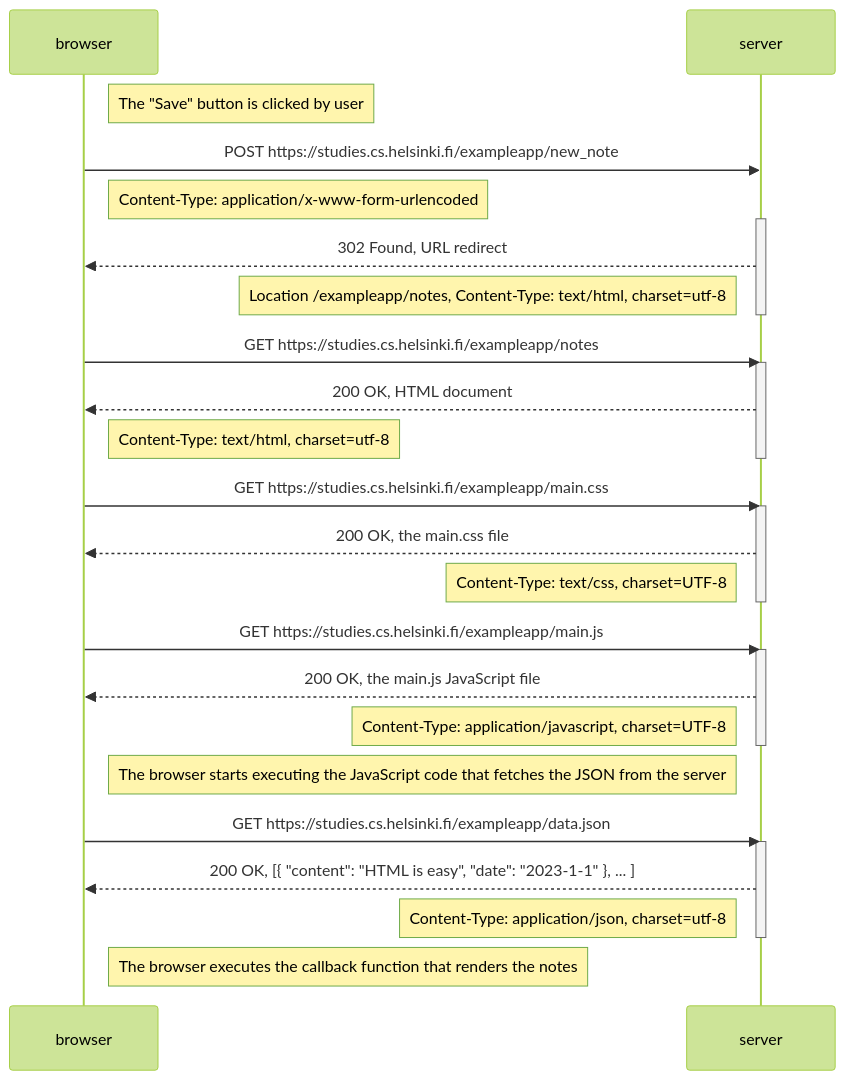
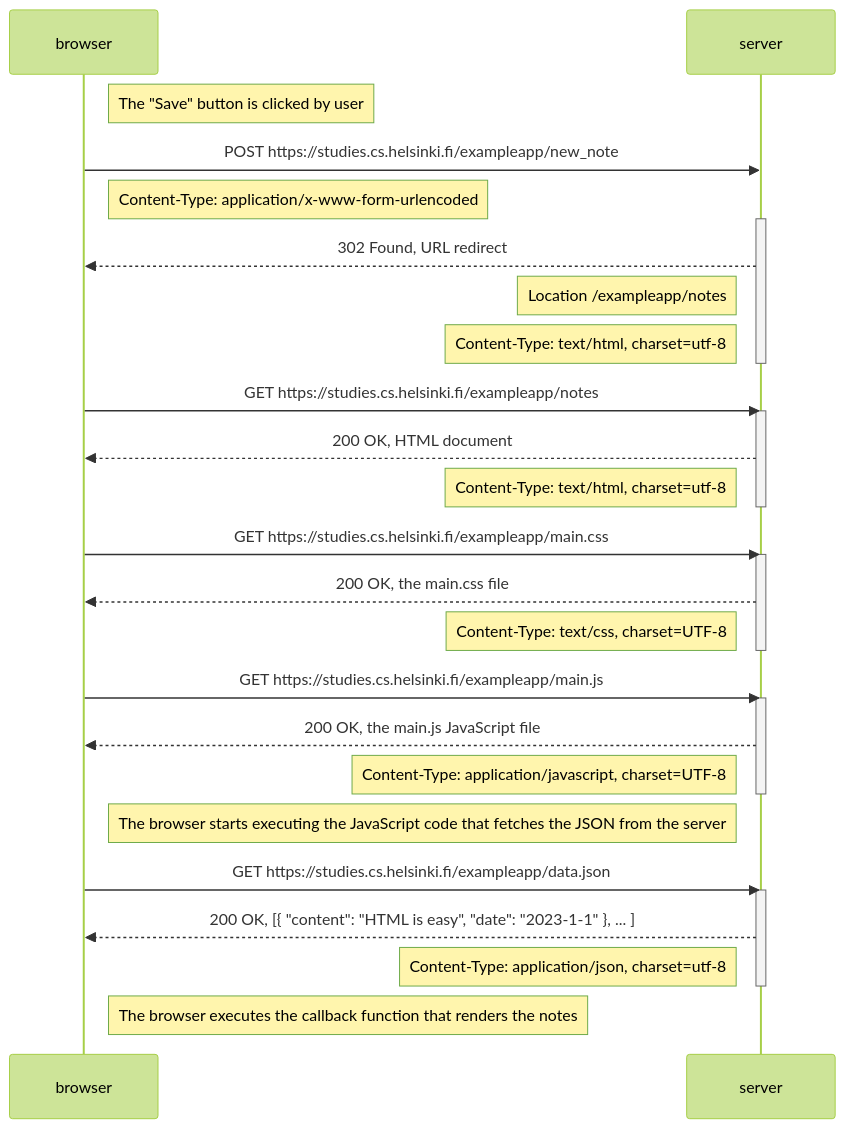
One commit to sonata22/FullStack_part0 changed the diagram in FullStack_part0_0.4_NewNoteDiagram.md. Above: the diagram before and after it, drawn with Mermaid (forest theme).

````diff
--- a/FullStack_part0_0.4_NewNoteDiagram.md
+++ b/FullStack_part0_0.4_NewNoteDiagram.md
@@ -3,41 +3,42 @@
 ```mermaid
 sequenceDiagram
     participant browser
     participant server
 
     Note right of browser: The "Save" button is clicked by user
     browser->>server: POST https://studies.cs.helsinki.fi/exampleapp/new_note
     Note right of browser: Content-Type: application/x-www-form-urlencoded
     activate server
     server-->>browser: 302 Found, URL redirect
-    Note left of server: Location /exampleapp/notes, Content-Type: text/html, charset=utf-8
+    Note left of server: Location /exampleapp/notes
+    Note left of server: Content-Type: text/html, charset=utf-8
     deactivate server
     
     browser->>server: GET https://studies.cs.helsinki.fi/exampleapp/notes
     activate server
     server-->>browser: 200 OK, HTML document
-    Note right of browser: Content-Type: text/html, charset=utf-8
+    Note left of server: Content-Type: text/html, charset=utf-8
     deactivate server
 
     browser->>server: GET https://studies.cs.helsinki.fi/exampleapp/main.css
     activate server
     server-->>browser: 200 OK, the main.css file
     Note left of server: Content-Type: text/css, charset=UTF-8
     deactivate server
 
     browser->>server: GET https://studies.cs.helsinki.fi/exampleapp/main.js
     activate server
     server-->>browser: 200 OK, the main.js JavaScript file
     Note left of server: Content-Type: application/javascript, charset=UTF-8
     deactivate server
 
     Note right of browser: The browser starts executing the JavaScript code that fetches the JSON from the server
 
     browser->>server: GET https://studies.cs.helsinki.fi/exampleapp/data.json
     activate server
     server-->>browser: 200 OK, [{ "content": "HTML is easy", "date": "2023-1-1" }, ... ]
     Note left of server: Content-Type: application/json, charset=utf-8
     deactivate server
 
     Note right of browser: The browser executes the callback function that renders the notes
 ```
````
